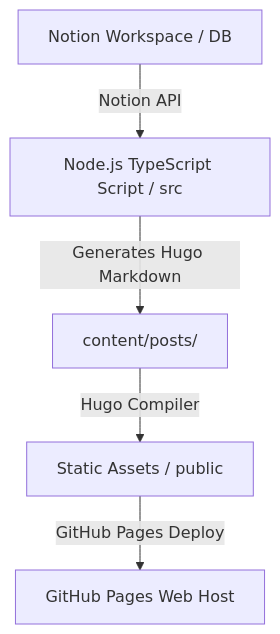
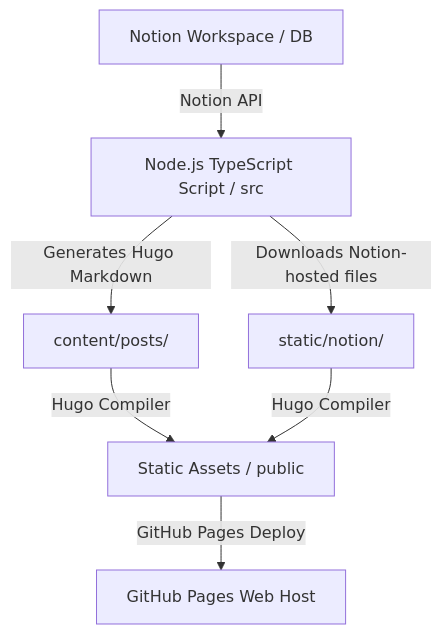
Before and after one commit to phplemos/blog: the diagram in MAINTAINER_AGENT.md, drawn with Mermaid. The commit also changed other lines of this file and 3 other files, not shown here.

````diff
--- a/MAINTAINER_AGENT.md
+++ b/MAINTAINER_AGENT.md
@@ -21,7 +21,9 @@
 ```mermaid
 graph TD
     A[Notion Workspace / DB] -->|Notion API| B[Node.js TypeScript Script / src]
     B -->|Generates Hugo Markdown| C[content/posts/]
+    B -->|Downloads Notion-hosted files| F[static/notion/]
     C -->|Hugo Compiler| D[Static Assets / public]
+    F -->|Hugo Compiler| D
     D -->|GitHub Pages Deploy| E[GitHub Pages Web Host]
 ```
````
